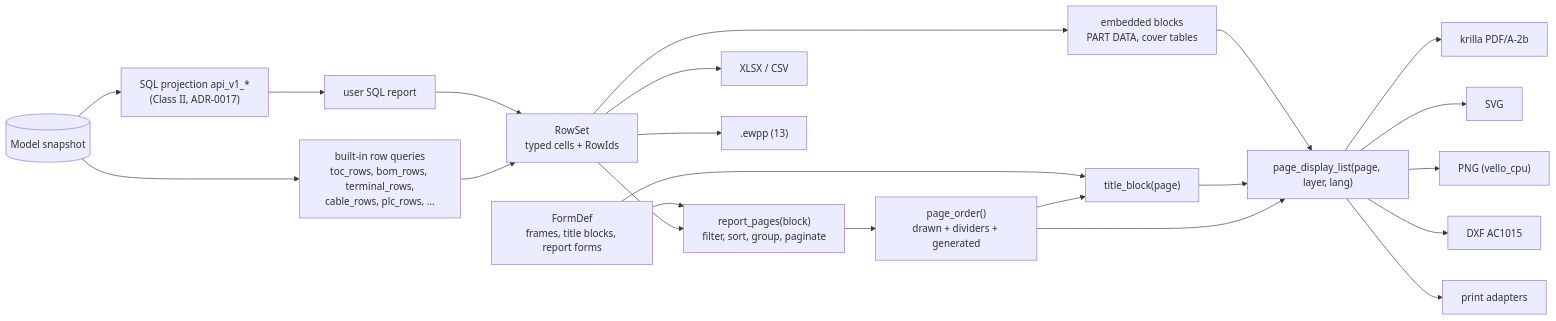
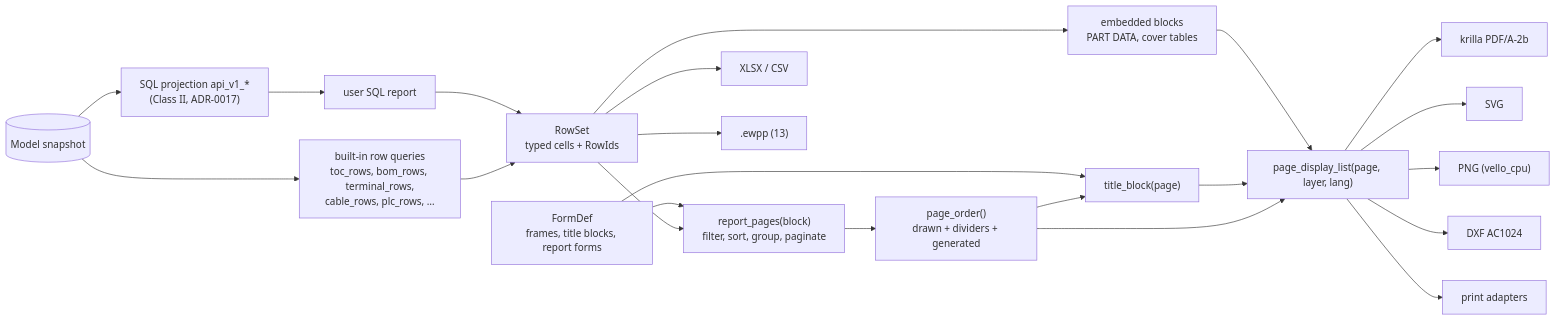
One commit to Ironkode787/ElektraWatt changed the diagram in docs/design/09-reports-forms-output.md. Above: the diagram before and after it, drawn with Mermaid. The commit also changed other lines of this file, not shown here.

First line of the commit message:
docs(09): the DXF set as the PDF, the design of FT-1877

````diff
--- a/docs/design/09-reports-forms-output.md
+++ b/docs/design/09-reports-forms-output.md
@@ -59,17 +59,17 @@
 ```mermaid
 flowchart LR
   M[("Model snapshot")] --> RQ["built-in row queries<br/>toc_rows, bom_rows, terminal_rows,<br/>cable_rows, plc_rows, …"]
   M --> PRJ["SQL projection api_v1_*<br/>(Class II, ADR-0017)"]
   PRJ --> SQ["user SQL report"]
   RQ --> RS["RowSet<br/>typed cells + RowIds"]
   SQ --> RS
   RS --> PG["report_pages(block)<br/>filter, sort, group, paginate"]
   PG --> PO["page_order()<br/>drawn + dividers + generated"]
   PO --> TB["title_block(page)"]
   FD["FormDef<br/>frames, title blocks, report forms"] --> PG & TB
   PO --> DL["page_display_list(page, layer, lang)"]
   TB --> DL
   RS --> EMB["embedded blocks<br/>PART DATA, cover tables"] --> DL
-  DL --> PDF["krilla PDF/A-2b"] & SVG["SVG"] & PNG["PNG (vello_cpu)"] & DXF["DXF AC1015"] & PRN["print adapters"]
+  DL --> PDF["krilla PDF/A-2b"] & SVG["SVG"] & PNG["PNG (vello_cpu)"] & DXF["DXF AC1024"] & PRN["print adapters"]
   RS --> XL["XLSX / CSV"] & EWPP[".ewpp (13)"]
 ```
````
